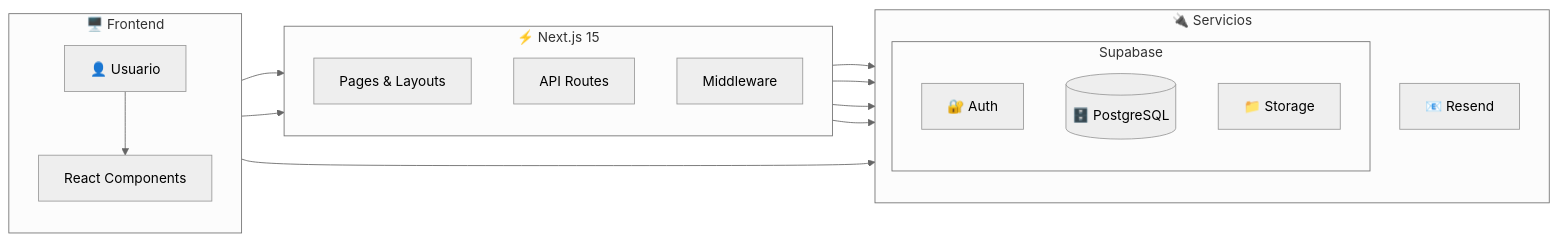
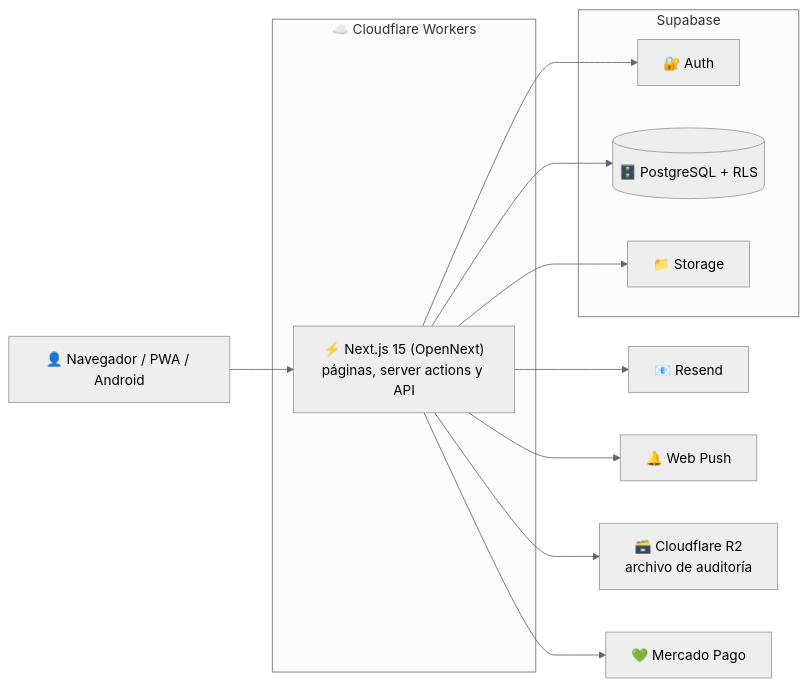
One commit to Facudominguez7/Reporty changed the diagram in README.md. Above: the diagram before and after it, drawn with Mermaid (neutral theme). The commit also changed other lines of this file and 1 other file, not shown here.

First line of the commit message:
docs: rewrite README to match the current app

````diff
--- a/README.md
+++ b/README.md
@@ -41,34 +43,22 @@
 ```mermaid
 flowchart LR
-    subgraph Frontend["🖥️ Frontend"]
-        direction TB
-        User["👤 Usuario"]
-        RC["React Components"]
+    Usuario["👤 Navegador / PWA / Android"] --> App
+
+    subgraph CF["☁️ Cloudflare Workers"]
+        App["⚡ Next.js 15 (OpenNext)<br/>páginas, server actions y API"]
     end
 
-    subgraph NextJS["⚡ Next.js 15"]
-        direction TB
-        Pages["Pages & Layouts"]
-        API["API Routes"]
-        MW["Middleware"]
+    subgraph SB["Supabase"]
+        Auth["🔐 Auth"]
+        DB[("🗄️ PostgreSQL + RLS")]
+        Storage["📁 Storage"]
     end
 
-    subgraph Services["🔌 Servicios"]
-        direction TB
-        subgraph Supabase["Supabase"]
-            Auth["🔐 Auth"]
-            DB[("🗄️ PostgreSQL")]
-            Storage["📁 Storage"]
-        end
-        Resend["📧 Resend"]
-    end
-
-    User --> RC
-    RC --> Pages
-    RC --> API
-    Pages --> DB
-    API --> DB
-    API --> Resend
-    MW --> Auth
-    RC --> Storage
+    App --> Auth
+    App --> DB
+    App --> Storage
+    App --> Resend["📧 Resend"]
+    App --> Push["🔔 Web Push"]
+    App --> R2["🗃️ Cloudflare R2<br/>archivo de auditoría"]
+    App --> MP["💚 Mercado Pago"]
 ```
````
